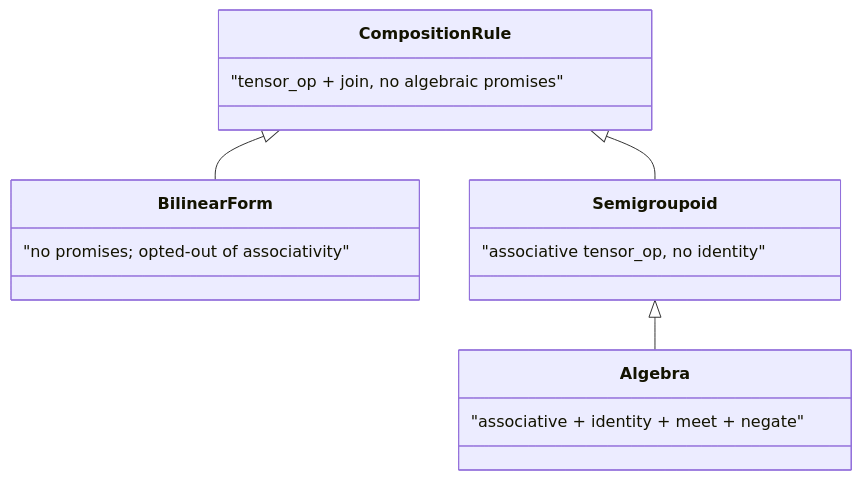
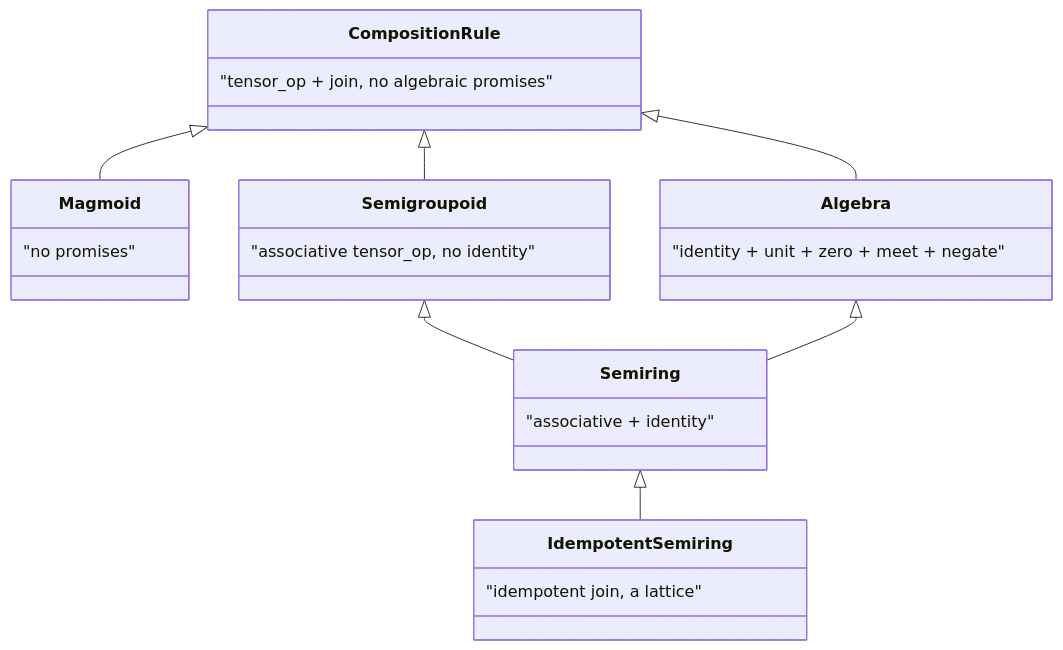
One commit to quivers-dev/quivers changed the diagram in docs/tutorials/python/07-composition-rules.md. Above: the diagram before and after it, drawn with Mermaid. The commit also changed other lines of this file and 276 other files, not shown here.

````diff
--- a/docs/tutorials/python/07-composition-rules.md
+++ b/docs/tutorials/python/07-composition-rules.md
@@ -36,18 +18,27 @@
 ```mermaid
 classDiagram
     class CompositionRule {
         "tensor_op + join, no algebraic promises"
     }
-    class BilinearForm {
-        "no promises; opted-out of associativity"
+    class Magmoid {
+        "no promises"
     }
     class Semigroupoid {
         "associative tensor_op, no identity"
     }
     class Algebra {
-        "associative + identity + meet + negate"
+        "identity + unit + zero + meet + negate"
     }
-    CompositionRule <|-- BilinearForm
+    class Semiring {
+        "associative + identity"
+    }
+    class IdempotentSemiring {
+        "idempotent join, a lattice"
+    }
+    CompositionRule <|-- Magmoid
     CompositionRule <|-- Semigroupoid
-    Semigroupoid <|-- Algebra
+    CompositionRule <|-- Algebra
+    Semigroupoid <|-- Semiring
+    Algebra <|-- Semiring
+    Semiring <|-- IdempotentSemiring
 ```
````
